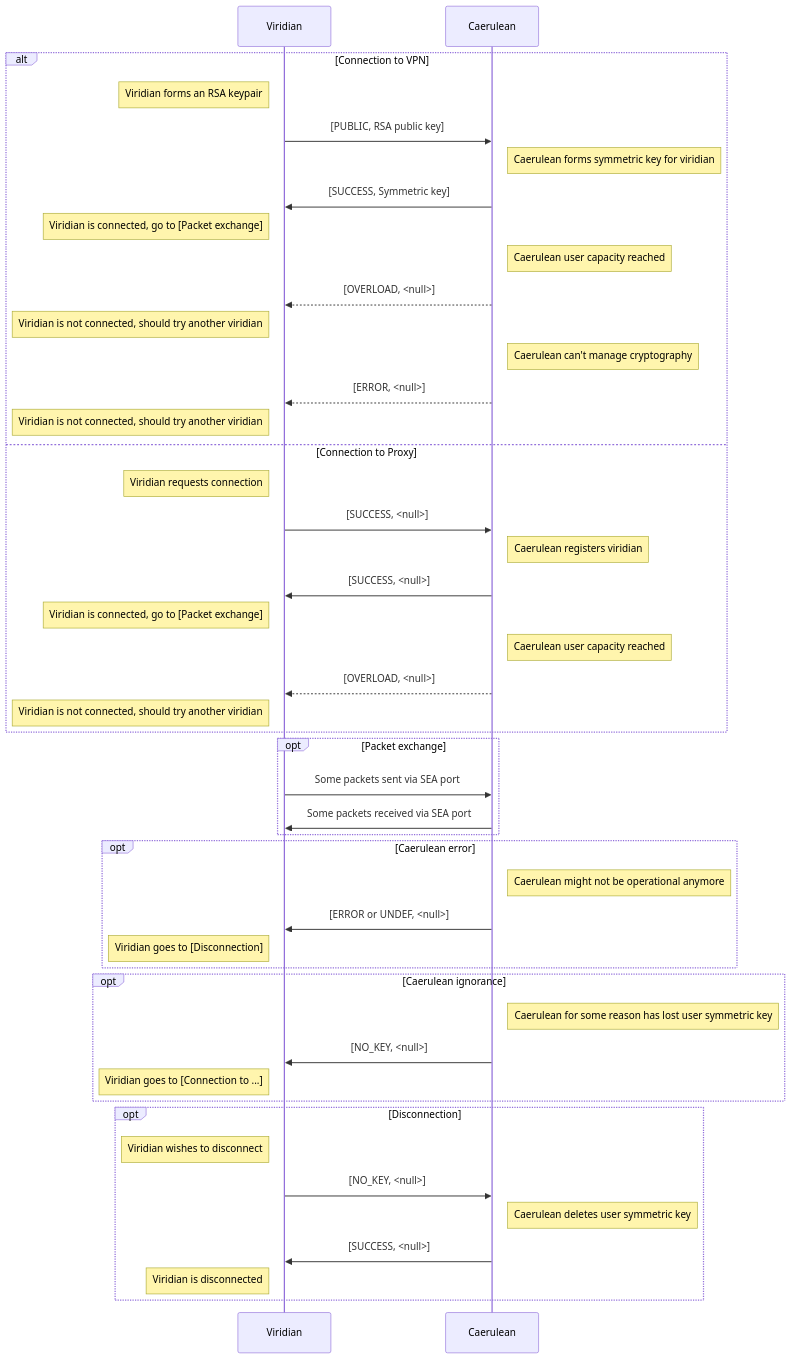
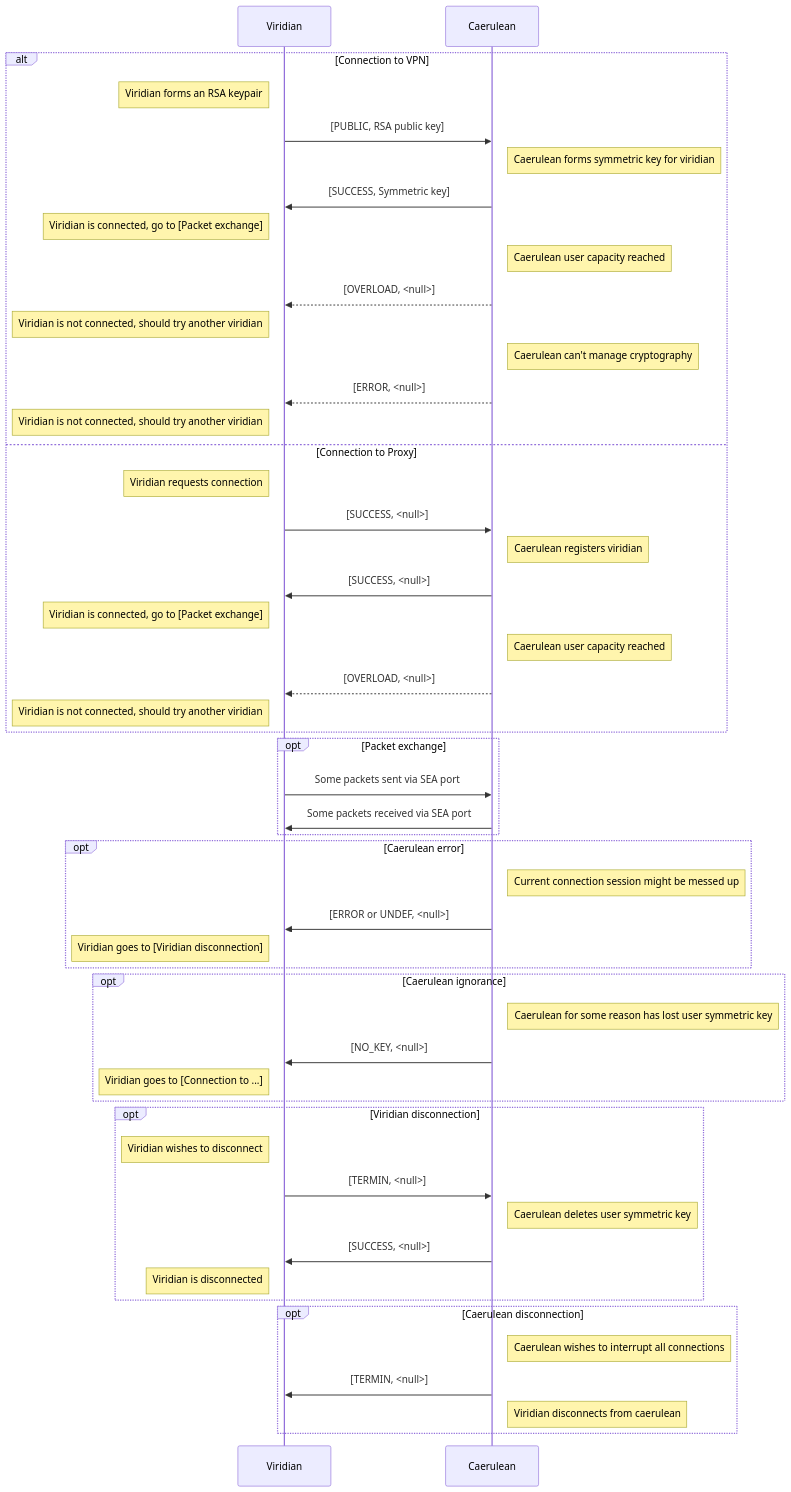
Before and after one commit to pseusys/SeasideVPN: the second of 2 diagrams in README.md, drawn with Mermaid. The commit also changed other lines of this file and 5 other files, not shown here.

Commit message:
caerulean disconnection added

````diff
--- a/README.md
+++ b/README.md
@@ -125,56 +125,62 @@
 ```mermaid
 sequenceDiagram
     participant Viridian
     participant Caerulean
 
     link Viridian: Viridian @ https://github.com/pseusys/SeasideVPN/blob/main/viridian/algae/README.md
     link Caerulean: Caerulean @ https://github.com/pseusys/SeasideVPN/blob/main/caerulean/whirlpool/README.md
 
     alt Connection to VPN
         Note left of Viridian: Viridian forms an RSA keypair
         Viridian ->> Caerulean: [PUBLIC, RSA public key]
         Note right of Caerulean: Caerulean forms symmetric key for viridian
         Caerulean ->> Viridian: [SUCCESS, Symmetric key]
         Note left of Viridian: Viridian is connected, go to [Packet exchange]
         Note right of Caerulean: Caerulean user capacity reached
         Caerulean -->> Viridian: [OVERLOAD, <null>]
         Note left of Viridian: Viridian is not connected, should try another viridian
         Note right of Caerulean: Caerulean can't manage cryptography
         Caerulean -->> Viridian: [ERROR, <null>]
         Note left of Viridian: Viridian is not connected, should try another viridian
     else Connection to Proxy
         Note left of Viridian: Viridian requests connection
         Viridian ->> Caerulean: [SUCCESS, <null>]
         Note right of Caerulean: Caerulean registers viridian
         Caerulean ->> Viridian: [SUCCESS, <null>]
         Note left of Viridian: Viridian is connected, go to [Packet exchange]
         Note right of Caerulean: Caerulean user capacity reached
         Caerulean -->> Viridian: [OVERLOAD, <null>]
         Note left of Viridian: Viridian is not connected, should try another viridian
     end
 
     opt Packet exchange
         Viridian ->> Caerulean: Some packets sent via SEA port
         Caerulean ->> Viridian: Some packets received via SEA port
     end
 
     opt Caerulean error
-        Note right of Caerulean: Caerulean might not be operational anymore
+        Note right of Caerulean: Current connection session might be messed up
         Caerulean ->> Viridian: [ERROR or UNDEF, <null>]
-        Note left of Viridian: Viridian goes to [Disconnection]
+        Note left of Viridian: Viridian goes to [Viridian disconnection]
     end
 
     opt Caerulean ignorance
         Note right of Caerulean: Caerulean for some reason has lost user symmetric key
         Caerulean ->> Viridian: [NO_KEY, <null>]
         Note left of Viridian: Viridian goes to [Connection to ...]
     end
 
-    opt Disconnection
+    opt Viridian disconnection
         Note left of Viridian: Viridian wishes to disconnect
-        Viridian ->> Caerulean: [NO_KEY, <null>]
+        Viridian ->> Caerulean: [TERMIN, <null>]
         Note right of Caerulean: Caerulean deletes user symmetric key
         Caerulean ->> Viridian: [SUCCESS, <null>]
         Note left of Viridian: Viridian is disconnected
     end
+
+    opt Caerulean disconnection
+        Note right of Caerulean: Caerulean wishes to interrupt all connections
+        Caerulean ->> Viridian: [TERMIN, <null>]
+        Note right of Caerulean: Viridian disconnects from caerulean
+    end
 ```
````
